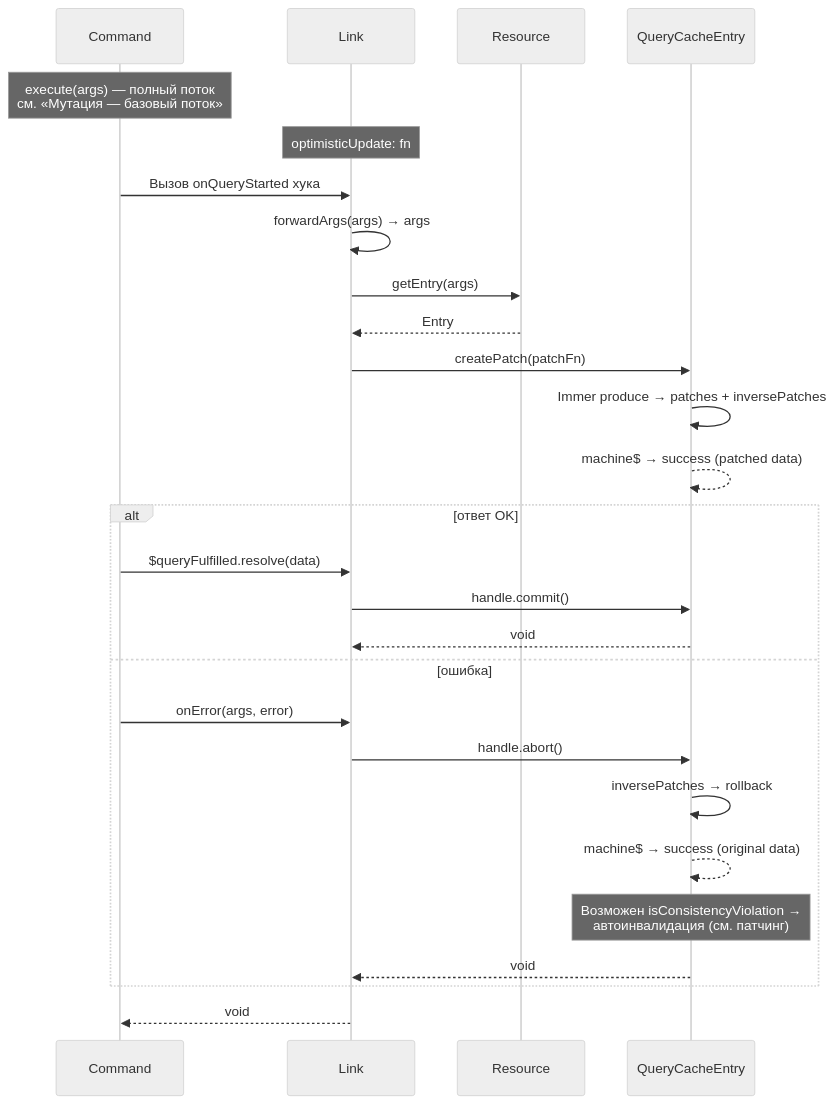
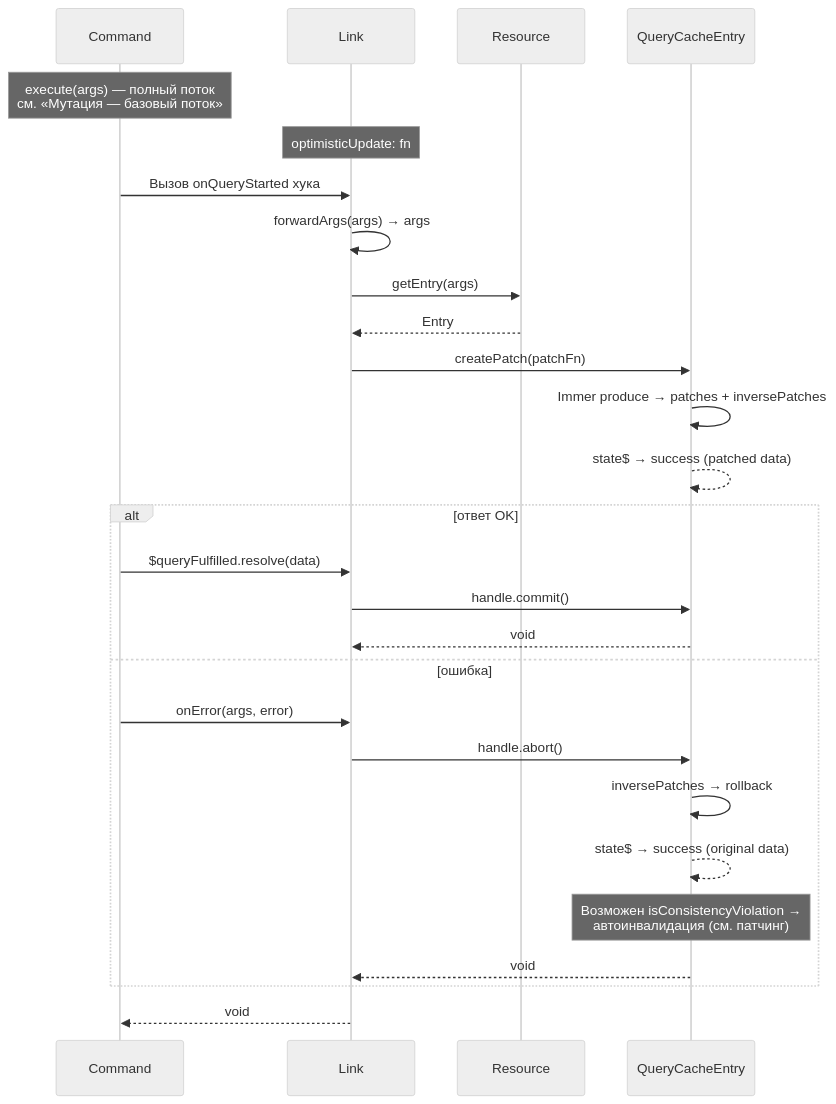
One commit to fozy-labs/rx-toolkit changed the ninth of 10 diagrams in docs/query/concepts/dataflows.md. Above: the diagram before and after it, drawn with Mermaid (neutral theme). The commit also changed other lines of this file and 71 other files, not shown here.

````diff
--- a/docs/query/concepts/dataflows.md
+++ b/docs/query/concepts/dataflows.md
@@ -354,35 +354,35 @@
 ```mermaid
 sequenceDiagram
     participant Cmd as Command
     participant Lnk as Link
     participant Res as Resource
     participant Entry as QueryCacheEntry
 
     Note over Cmd: execute(args) — полный поток<br/>см. «Мутация — базовый поток»
 
     Note over Lnk: optimisticUpdate: fn
 
     Cmd->>Lnk: Вызов onQueryStarted хука
     Lnk->>Lnk: forwardArgs(args) → args
     Lnk->>Res: getEntry(args)
     Res-->>Lnk: Entry
     Lnk->>Entry: createPatch(patchFn)
     Entry->>Entry: Immer produce → patches + inversePatches
-    Entry-->>Entry: machine$ → success (patched data)
+    Entry-->>Entry: state$ → success (patched data)
 
     alt ответ OK
         Cmd->>Lnk: $queryFulfilled.resolve(data)
         Lnk->>Entry: handle.commit()
         Entry-->>Lnk: void
 
     else ошибка
         Cmd->>Lnk: onError(args, error)
         Lnk->>Entry: handle.abort()
         Entry->>Entry: inversePatches → rollback
-        Entry-->>Entry: machine$ → success (original data)
+        Entry-->>Entry: state$ → success (original data)
         Note over Entry: Возможен isConsistencyViolation →<br/>автоинвалидация (см. патчинг)
         Entry-->>Lnk: void
     end
     
     Lnk-->>Cmd: void
 ```
````
